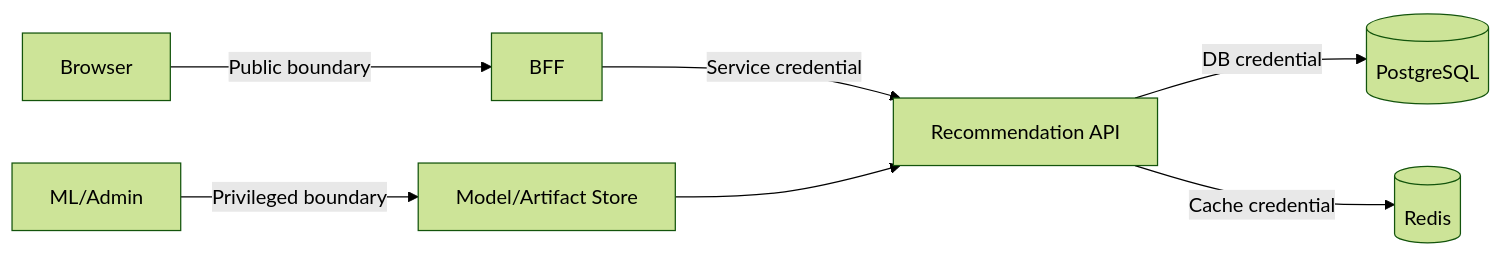
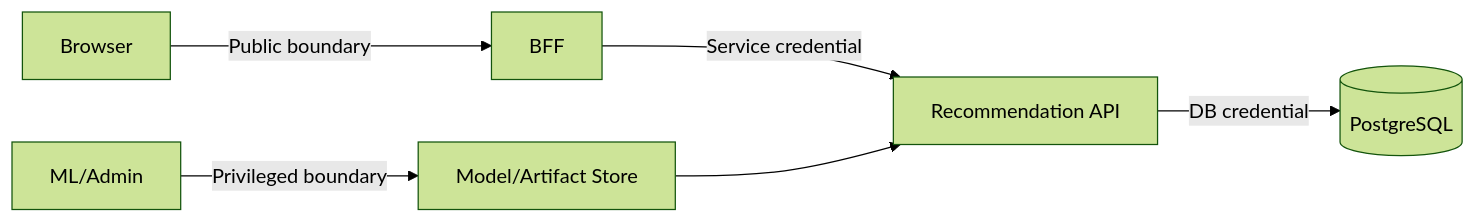
The diagram in docs/06_SECURITY/01_Security_Architecture.md (nmtrucworking/recobridge), drawn with Mermaid (forest theme) before and after one commit. The commit also changed other lines of this file and 24 other files, not shown here.

Commit message:
feat: update governance and architecture documentation, add MVP baseline and implementation backlog

````diff
--- a/docs/06_SECURITY/01_Security_Architecture.md
+++ b/docs/06_SECURITY/01_Security_Architecture.md
@@ -23,9 +23,8 @@
 ```mermaid
 flowchart LR
     Browser[Browser] -->|Public boundary| BFF[BFF]
     BFF -->|Service credential| API[Recommendation API]
     API -->|DB credential| DB[(PostgreSQL)]
-    API -->|Cache credential| R[(Redis)]
     Ops[ML/Admin] -->|Privileged boundary| REG[Model/Artifact Store]
     REG --> API
 ```
````
